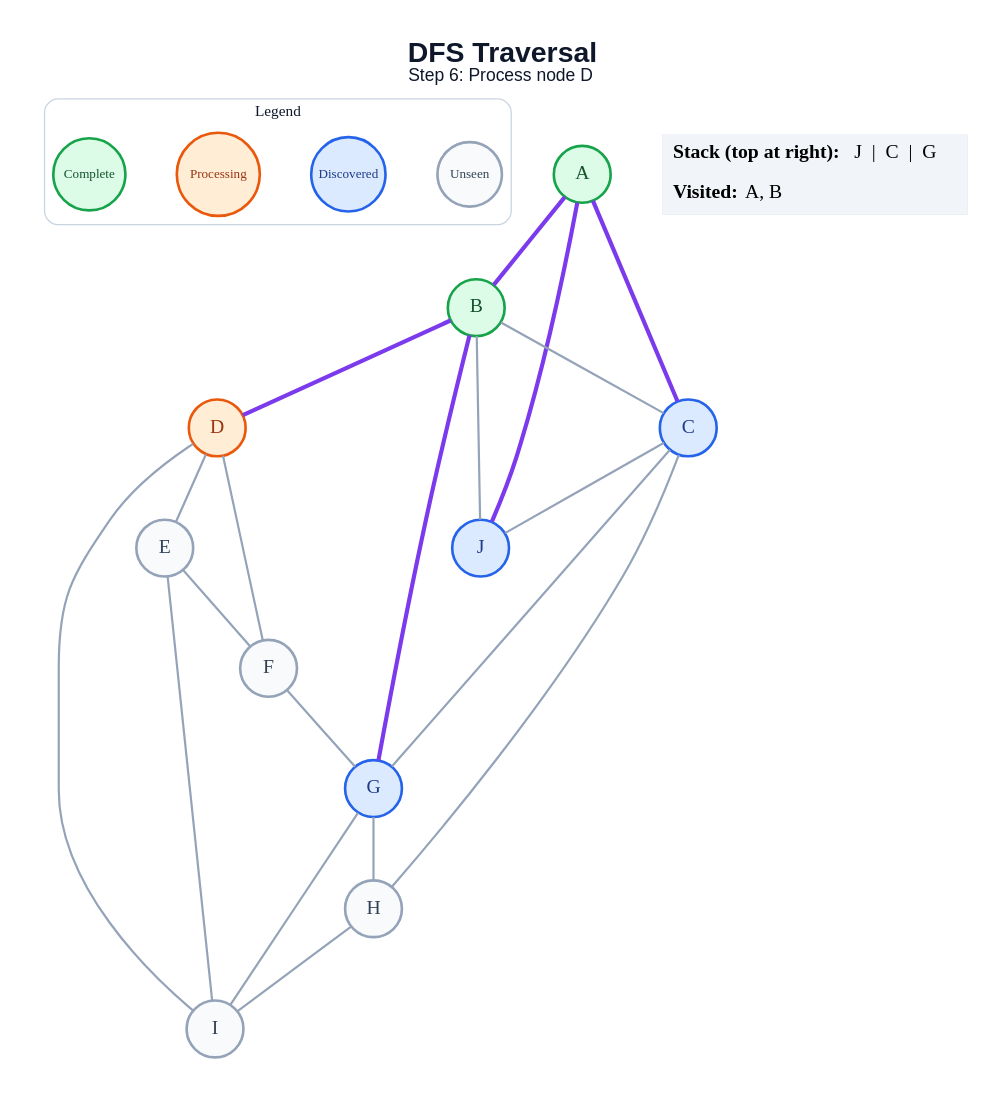
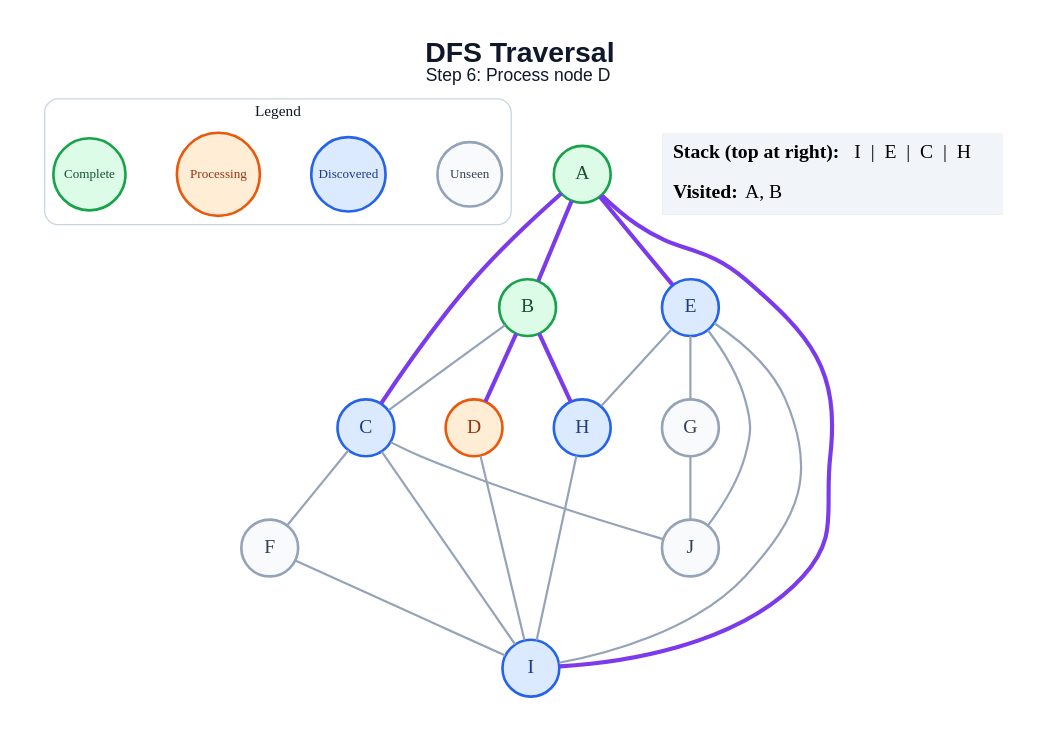
The diagram in generated/dfs/step_06.dot (amanghodawala9/ai-slop), drawn with Graphviz before and after one commit. The commit also changed 178 other files, not shown here.

```diff
--- a/generated/dfs/step_06.dot
+++ b/generated/dfs/step_06.dot
@@ -1,48 +1,47 @@
 graph traversal {
   graph [layout=dot, rankdir=TB, bgcolor="#FFFFFF", pad="0.35", nodesep="0.65", ranksep="0.8", fontname="Arial"];
   node [shape=circle, style="filled", fontname="Arial Bold", fontsize=18, width=0.72, fixedsize=true, penwidth=2.4];
   edge [color="#94A3B8", penwidth=2.0];
   label=<<B>DFS Traversal</B><BR/><FONT POINT-SIZE="16">Step 6: Process node D</FONT>>; labelloc="t"; fontsize=26; fontname="Arial"; fontcolor="#0F172A";
   subgraph cluster_legend { label="Legend"; color="#CBD5E1"; penwidth=1.2; style="rounded"; fontsize=14; fontname="Arial Bold";
     key_unseen [label="Unseen", fillcolor="#F8FAFC", color="#94A3B8", fontcolor="#334155", fontsize=12, width=0.82];
     key_frontier [label="Discovered", fillcolor="#DBEAFE", color="#2563EB", fontcolor="#1E3A8A", fontsize=12, width=0.95];
     key_current [label="Processing", fillcolor="#FFEDD5", color="#EA580C", fontcolor="#9A3412", fontsize=12, width=1.05];
     key_done [label="Complete", fillcolor="#DCFCE7", color="#16A34A", fontcolor="#14532D", fontsize=12, width=0.92];
     { rank=same; key_unseen; key_frontier; key_current; key_done; }
   }
   A [fillcolor="#DCFCE7", color="#16A34A", fontcolor="#14532D"];
   B [fillcolor="#DCFCE7", color="#16A34A", fontcolor="#14532D"];
   C [fillcolor="#DBEAFE", color="#2563EB", fontcolor="#1E3A8A"];
   D [fillcolor="#FFEDD5", color="#EA580C", fontcolor="#9A3412"];
-  E [fillcolor="#F8FAFC", color="#94A3B8", fontcolor="#334155"];
+  E [fillcolor="#DBEAFE", color="#2563EB", fontcolor="#1E3A8A"];
   F [fillcolor="#F8FAFC", color="#94A3B8", fontcolor="#334155"];
-  G [fillcolor="#DBEAFE", color="#2563EB", fontcolor="#1E3A8A"];
-  H [fillcolor="#F8FAFC", color="#94A3B8", fontcolor="#334155"];
-  I [fillcolor="#F8FAFC", color="#94A3B8", fontcolor="#334155"];
-  J [fillcolor="#DBEAFE", color="#2563EB", fontcolor="#1E3A8A"];
+  G [fillcolor="#F8FAFC", color="#94A3B8", fontcolor="#334155"];
+  H [fillcolor="#DBEAFE", color="#2563EB", fontcolor="#1E3A8A"];
+  I [fillcolor="#DBEAFE", color="#2563EB", fontcolor="#1E3A8A"];
+  J [fillcolor="#F8FAFC", color="#94A3B8", fontcolor="#334155"];
   A -- B [color="#7C3AED", penwidth=3.8];
   A -- C [color="#7C3AED", penwidth=3.8];
-  A -- J [color="#7C3AED", penwidth=3.8];
+  A -- E [color="#7C3AED", penwidth=3.8];
+  A -- I [color="#7C3AED", penwidth=3.8];
   B -- C;
   B -- D [color="#7C3AED", penwidth=3.8];
-  B -- G [color="#7C3AED", penwidth=3.8];
-  B -- J;
-  C -- G;
-  C -- H;
+  B -- H [color="#7C3AED", penwidth=3.8];
+  C -- F;
+  C -- I;
   C -- J;
-  D -- E;
-  D -- F;
   D -- I;
-  E -- F;
+  E -- G;
+  E -- H;
   E -- I;
-  F -- G;
-  G -- H;
-  G -- I;
+  E -- J;
+  F -- I;
+  G -- J;
   H -- I;
   status [shape=plain, fixedsize=false, width=0, height=0, margin=0, label=<
     <TABLE BORDER="0" CELLBORDER="0" CELLPADDING="7" BGCOLOR="#F1F5F9">
-      <TR><TD ALIGN="LEFT"><B>Stack (top at right):</B> J  |  C  |  G</TD></TR>
+      <TR><TD ALIGN="LEFT"><B>Stack (top at right):</B> I  |  E  |  C  |  H</TD></TR>
       <TR><TD ALIGN="LEFT"><B>Visited:</B> A, B</TD></TR>
     </TABLE>
   >];
 }
```
